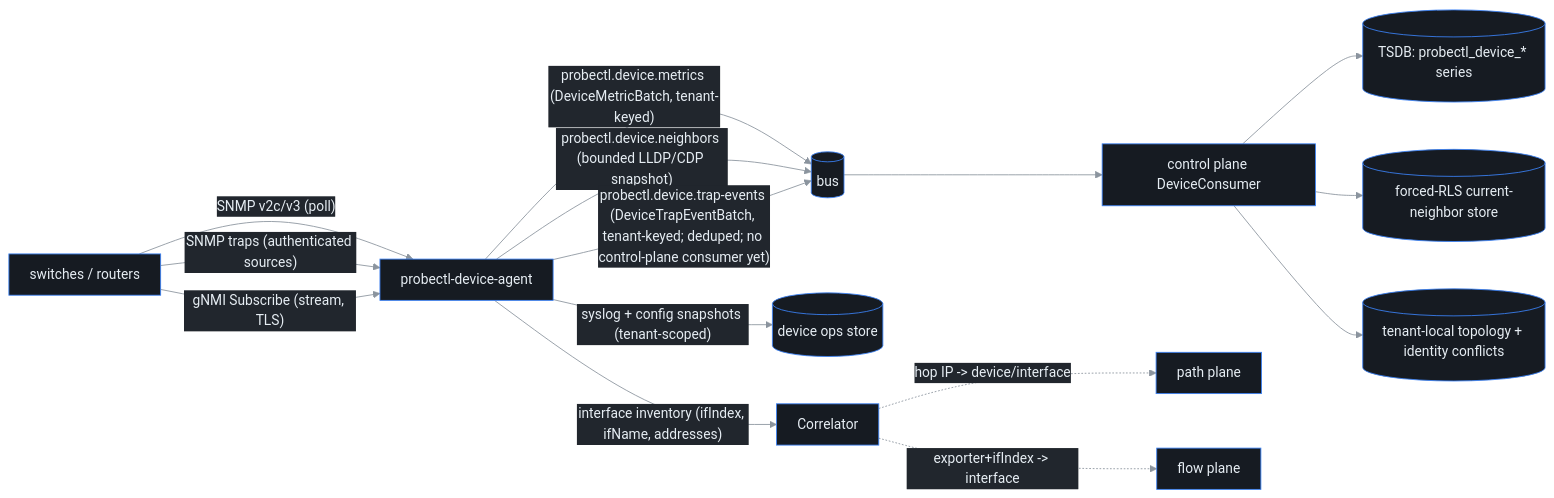
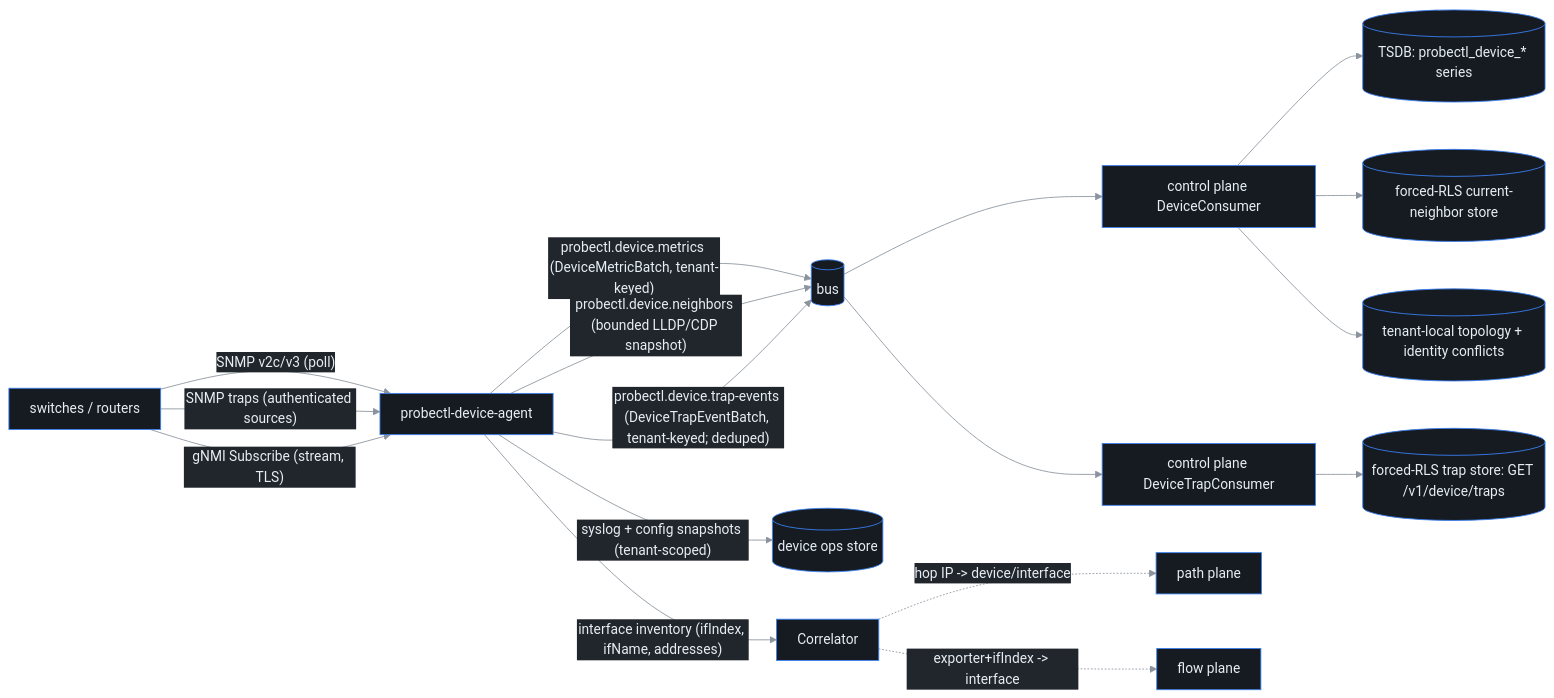
The diagram in docs/device-telemetry.md (ctlplne/probectl), drawn with Mermaid before and after one commit. The commit also changed other lines of this file and 3 other files, not shown here.

First line of the commit message:
docs(device): traps are stored and visible through the API, CLI and console

````diff
--- a/docs/device-telemetry.md
+++ b/docs/device-telemetry.md
@@ -57,18 +58,20 @@
 ```mermaid
 %%{init: {'theme':'base','themeVariables':{'background':'#0d1117','primaryColor':'#161b22','primaryTextColor':'#e6edf3','primaryBorderColor':'#3b82f6','lineColor':'#8b949e','secondaryColor':'#21262d','tertiaryColor':'#0d1117','clusterBkg':'#161b22','clusterBorder':'#30363d','fontFamily':'ui-monospace, SFMono-Regular, Menlo, monospace'},'flowchart':{'curve':'basis','nodeSpacing':55,'rankSpacing':55,'padding':12}}}%%
 flowchart LR
   D[switches / routers] -- "SNMP v2c/v3 (poll)" --> A[probectl-device-agent]
   D -- "SNMP traps (authenticated sources)" --> A
   D -- "gNMI Subscribe (stream, TLS)" --> A
   A -- "probectl.device.metrics (DeviceMetricBatch, tenant-keyed)" --> B[(bus)]
   A -- "probectl.device.neighbors (bounded LLDP/CDP snapshot)" --> B
-  A -- "probectl.device.trap-events (DeviceTrapEventBatch, tenant-keyed; deduped; no control-plane consumer yet)" --> B
+  A -- "probectl.device.trap-events (DeviceTrapEventBatch, tenant-keyed; deduped)" --> B
   A -- "syslog + config snapshots (tenant-scoped)" --> O[(device ops store)]
   B --> P[control plane DeviceConsumer]
   P --> T[(TSDB: probectl_device_* series)]
   P --> N[(forced-RLS current-neighbor store)]
+  B --> Q[control plane DeviceTrapConsumer]
+  Q --> R[(forced-RLS trap store: GET /v1/device/traps)]
   P --> I[(tenant-local topology + identity conflicts)]
   A -- "interface inventory (ifIndex, ifName, addresses)" --> C[Correlator]
   C -. "hop IP -> device/interface" .-> PathPlane[path plane]
   C -. "exporter+ifIndex -> interface" .-> FlowPlane[flow plane]
 ```
````
